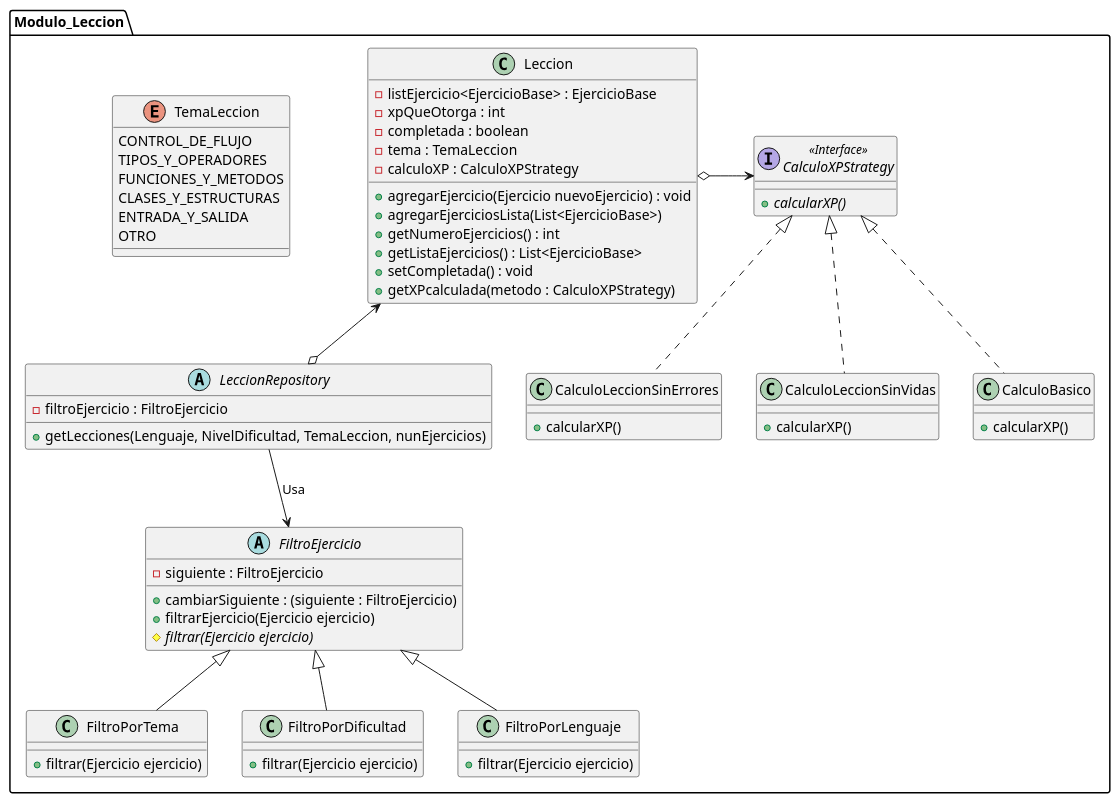
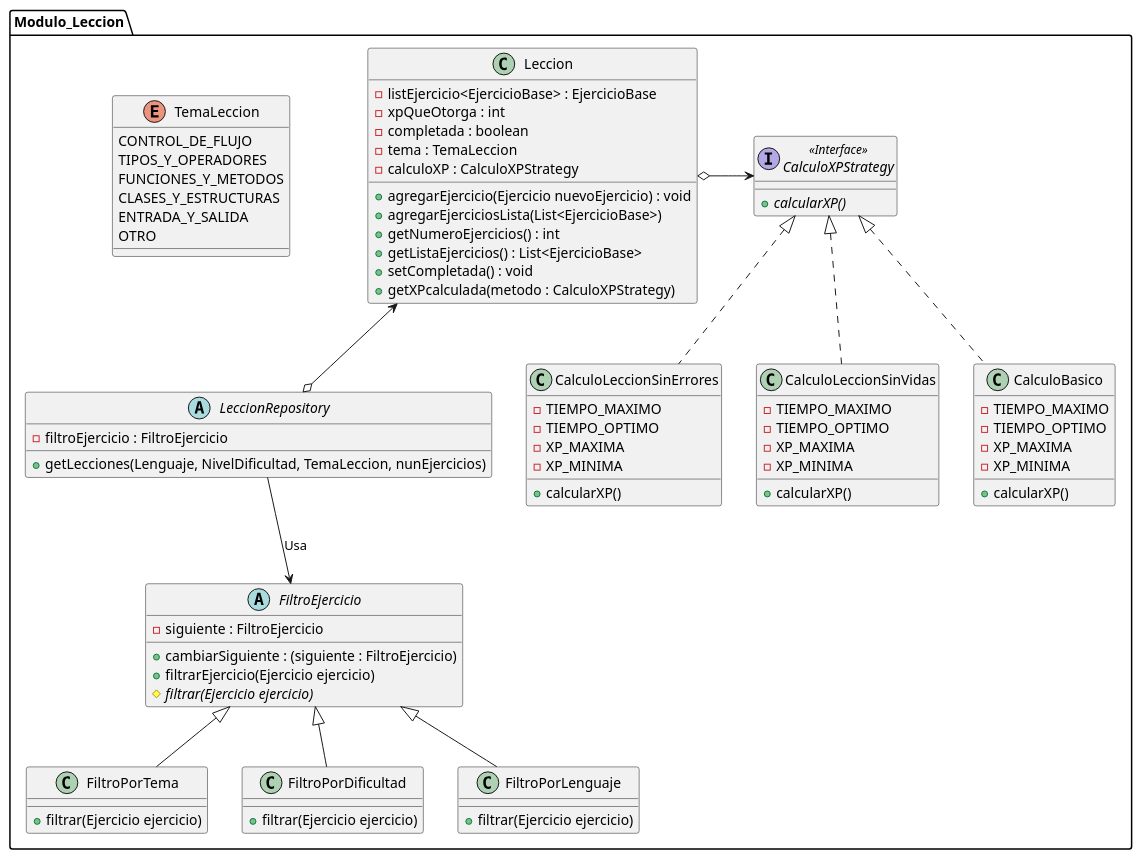
The diagram in src/main/java/Nuevo_Modulo_Leccion/diagrams/diagramaInicialV1.puml (FernandoHuilca/HelloCode_Software), drawn with PlantUML before and after one commit. The commit also changed 9 other files, not shown here.

Commit message:
Patorn cadena de responsabilidad y diagrama de clases Lecciones

```diff
--- a/src/main/java/Nuevo_Modulo_Leccion/diagrams/diagramaInicialV1.puml
+++ b/src/main/java/Nuevo_Modulo_Leccion/diagrams/diagramaInicialV1.puml
@@ -1,87 +1,99 @@
 @startuml
 package Modulo_Leccion{
 
     class Leccion{
         - listEjercicio<EjercicioBase> : EjercicioBase
         - xpQueOtorga : int
         - completada : boolean
         - tema : TemaLeccion
         - calculoXP : CalculoXPStrategy
         + agregarEjercicio(Ejercicio nuevoEjercicio) : void
         + agregarEjerciciosLista(List<EjercicioBase>)
         + getNumeroEjercicios() : int
         + getListaEjercicios() : List<EjercicioBase>
         + setCompletada() : void
         + getXPcalculada(metodo : CalculoXPStrategy)
     }
 
     abstract class LeccionRepository{
     - filtroEjercicio : FiltroEjercicio
     + getLecciones(Lenguaje, NivelDificultad, TemaLeccion, nunEjercicios)
     }
     abstract class FiltroEjercicio{
     - siguiente : FiltroEjercicio
     + cambiarSiguiente : (siguiente : FiltroEjercicio)
     + filtrarEjercicio(Ejercicio ejercicio)
     # {abstract} filtrar(Ejercicio ejercicio)
     }
 
 
     enum TemaLeccion {
         CONTROL_DE_FLUJO
         TIPOS_Y_OPERADORES
         FUNCIONES_Y_METODOS
         CLASES_Y_ESTRUCTURAS
         ENTRADA_Y_SALIDA
         OTRO
     }
 
     interface CalculoXPStrategy <<Interface>>{
     + {abstract} calcularXP()
     }
 
     class CalculoBasico{
+    - TIEMPO_MAXIMO
+        - TIEMPO_OPTIMO
+        - XP_MAXIMA
+        - XP_MINIMA
     + calcularXP()
     }
     class CalculoLeccionSinErrores{
+    - TIEMPO_MAXIMO
+    - TIEMPO_OPTIMO
+    - XP_MAXIMA
+    - XP_MINIMA
     + calcularXP()
     }
     class CalculoLeccionSinVidas{
+        - TIEMPO_MAXIMO
+        - TIEMPO_OPTIMO
+        - XP_MAXIMA
+        - XP_MINIMA
     + calcularXP()
     }
 
 
     class FiltroPorTema{
     + filtrar(Ejercicio ejercicio)
     }
     class FiltroPorDificultad{
     + filtrar(Ejercicio ejercicio)
     }
 
     class FiltroPorLenguaje{
     + filtrar(Ejercicio ejercicio)
     }
 
 
     'Relaciones :
     LeccionRepository o--U> Leccion
     LeccionRepository --> FiltroEjercicio : "Usa"
     'Leccion --> TemaLeccion
     'Patron ChainOfResponsibility
     FiltroPorTema --U|> FiltroEjercicio
     FiltroPorDificultad --U|> FiltroEjercicio
     FiltroPorLenguaje --U|> FiltroEjercicio
     'Patron Strategy
     Leccion o--R> CalculoXPStrategy
     CalculoBasico ..u|> CalculoXPStrategy
     CalculoLeccionSinErrores ..u|> CalculoXPStrategy
     CalculoLeccionSinVidas ..u|> CalculoXPStrategy
 
 
 
 
 
 }
 
 
 @enduml
```
